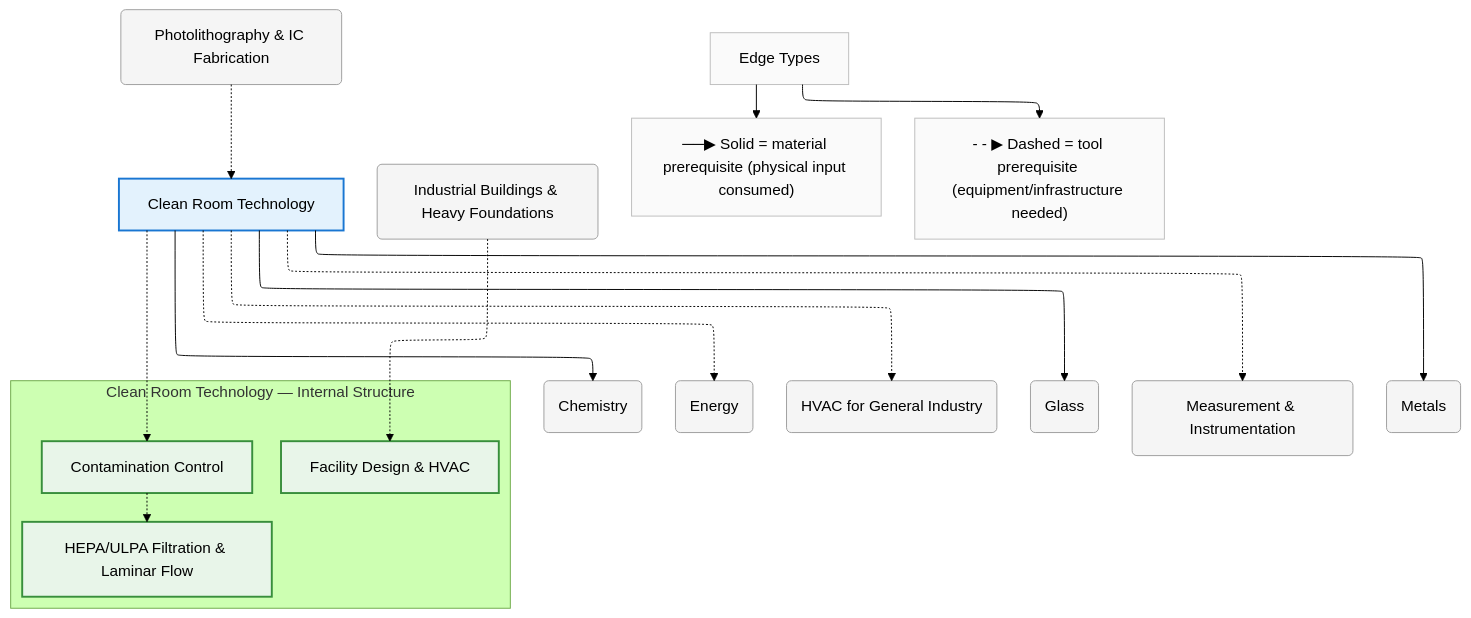
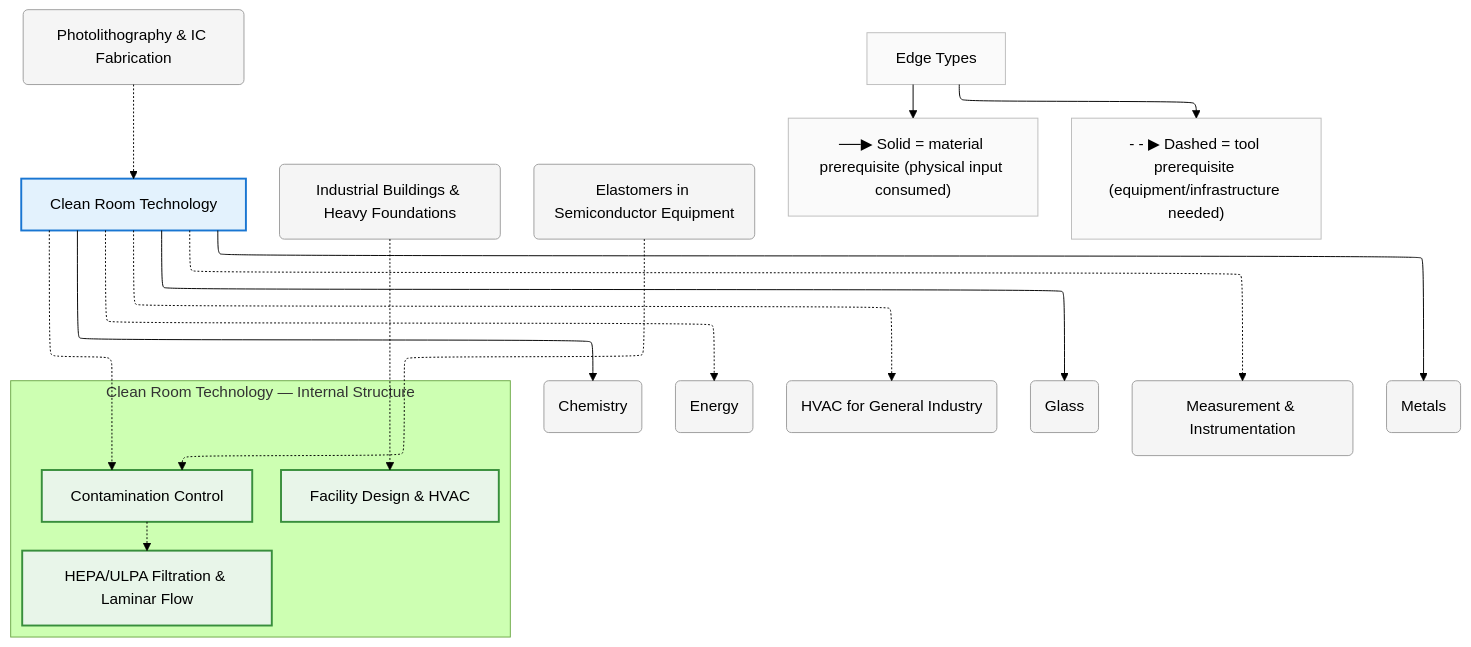
Before and after one commit to egofree/TechTree: the diagram in diagrams/mermaid/cleanrooms.mmd, drawn with Mermaid (forest theme). The commit also changed 139 other files, not shown here.

First line of the commit message:
chore: regenerate diagrams + glossary pages + fix build scripts

```diff
--- a/diagrams/mermaid/cleanrooms.mmd
+++ b/diagrams/mermaid/cleanrooms.mmd
@@ -1,64 +1,67 @@
 %%{init: {"flowchart": {"defaultRenderer": "elk", "htmlLabels": true}}}%%
 graph TD
     %% Domain: Clean Room Technology
 
     %% ==================== INTERNAL NODES ====================
     subgraph cleanrooms_internal ["Clean Room Technology — Internal Structure"]
         direction TB
         cleanrooms_contamination-control["Contamination Control"]
         cleanrooms_facility-design["Facility Design & HVAC"]
         cleanrooms_hepa-ulpa-filtration["HEPA/ULPA Filtration & Laminar Flow"]
     end
 
     %% ==================== DOMAIN NODE ====================
     cleanrooms["Clean Room Technology"]
 
     %% ==================== EXTERNAL DEPENDENCIES ====================
     chemistry("Chemistry")
     construction_industrial-buildings("Industrial Buildings & Heavy Foundations")
     energy("Energy")
     energy_hvac("HVAC for General Industry")
     glass("Glass")
     measurement("Measurement & Instrumentation")
     metals("Metals")
     photolithography("Photolithography & IC Fabrication")
+    polymers_rubber_semiconductor-apps("Elastomers in Semiconductor Equipment")
 
     %% ==================== EDGES ====================
     cleanrooms_contamination-control -.-> cleanrooms_hepa-ulpa-filtration
     cleanrooms -.-> cleanrooms_contamination-control
     cleanrooms --> chemistry
     cleanrooms -.-> energy_hvac
     cleanrooms -.-> energy
     cleanrooms --> glass
     cleanrooms -.-> measurement
     cleanrooms --> metals
     construction_industrial-buildings -.-> cleanrooms_facility-design
     photolithography -.-> cleanrooms
+    polymers_rubber_semiconductor-apps -.-> cleanrooms_contamination-control
 
     %% ==================== EDGE TYPE LEGEND ====================
     EdgeLegend["Edge Types"]
     EdgeLegend --> MatNote["──▶ Solid = material prerequisite (physical input consumed)"]
     EdgeLegend --> ToolNote["- - ▶ Dashed = tool prerequisite (equipment/infrastructure needed)"]
 
     %% ==================== STYLING ====================
     classDef domain fill:#e3f2fd,stroke:#1976d2,stroke-width:2px
     classDef capability fill:#e8f5e9,stroke:#388e3c,stroke-width:2px
     classDef process fill:#fff3e0,stroke:#f57c00,stroke-width:2px
     classDef critical fill:#fff3e0,stroke:#f57c00,stroke-width:3px
     classDef earlyWin fill:#e8f5e9,stroke:#388e3c,stroke-width:3px
     classDef pinnacle fill:#fce4ec,stroke:#c62828,stroke-width:3px
     classDef external fill:#f5f5f5,stroke:#9e9e9e,stroke-width:1px
     classDef legend fill:#fafafa,stroke:#bdbdbd,stroke-width:1px
     class cleanrooms domain
     class cleanrooms_contamination-control capability
     class cleanrooms_facility-design capability
     class cleanrooms_hepa-ulpa-filtration capability
     class chemistry external
     class construction_industrial-buildings external
     class energy external
     class energy_hvac external
     class glass external
     class measurement external
     class metals external
     class photolithography external
+    class polymers_rubber_semiconductor-apps external
     class EdgeLegend,MatNote,ToolNote legend
```
